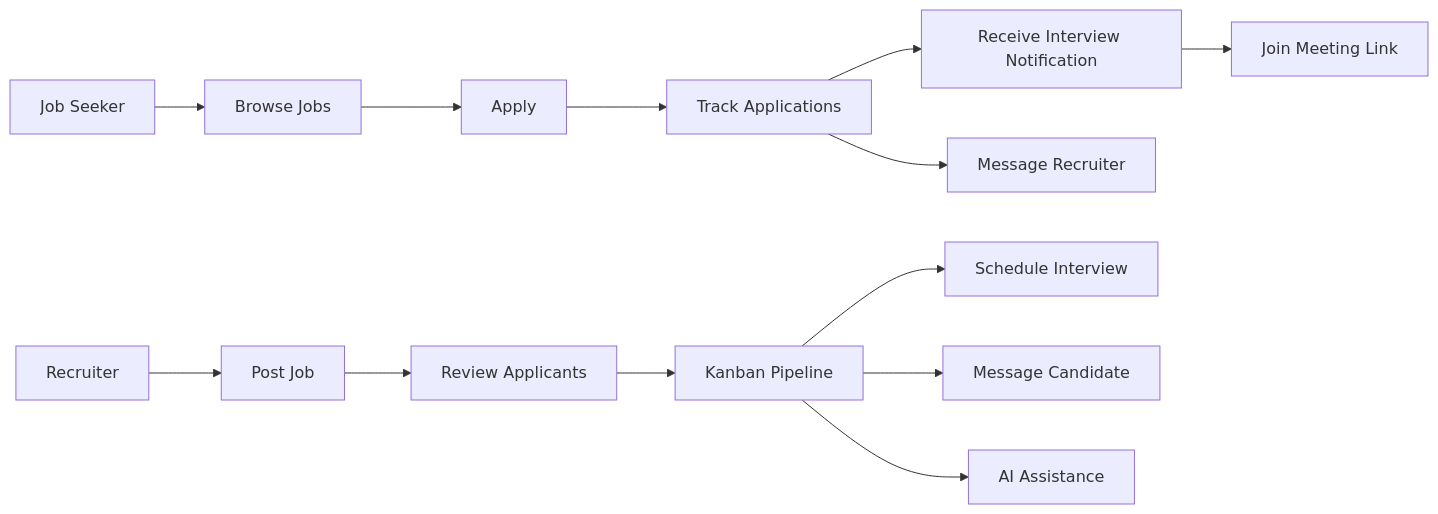
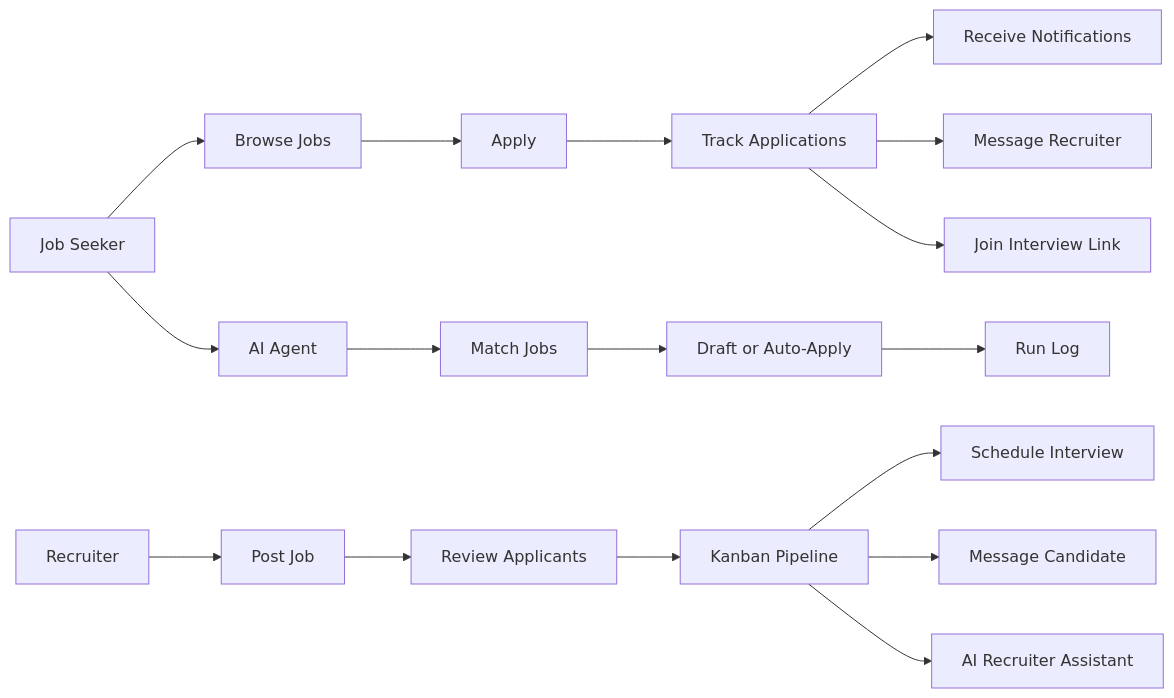
Before and after one commit to danialchoudary/SkillSync: the diagram in README.md, drawn with Mermaid. The commit also changed other lines of this file and 1 other file, not shown here.

````diff
--- a/README.md
+++ b/README.md
@@ -9,16 +9,21 @@
 ```mermaid
 flowchart LR
-    A[Job Seeker] --> B[Browse Jobs]
-    B --> C[Apply]
-    C --> D[Track Applications]
-    D --> E[Receive Interview Notification]
-    E --> F[Join Meeting Link]
-    D --> G[Message Recruiter]
+    JS[Job Seeker] --> B[Browse Jobs]
+    B --> A[Apply]
+    A --> T[Track Applications]
+    T --> N[Receive Notifications]
+    T --> M[Message Recruiter]
+    T --> I[Join Interview Link]
 
-    R[Recruiter] --> S[Post Job]
-    S --> T[Review Applicants]
-    T --> U[Kanban Pipeline]
-    U --> V[Schedule Interview]
-    U --> W[Message Candidate]
-    U --> X[AI Assistance]
+    R[Recruiter] --> P[Post Job]
+    P --> V[Review Applicants]
+    V --> K[Kanban Pipeline]
+    K --> S[Schedule Interview]
+    K --> C[Message Candidate]
+    K --> X[AI Recruiter Assistant]
+
+    JS --> G[AI Agent]
+    G --> M2[Match Jobs]
+    M2 --> D[Draft or Auto-Apply]
+    D --> L[Run Log]
 ```
````
